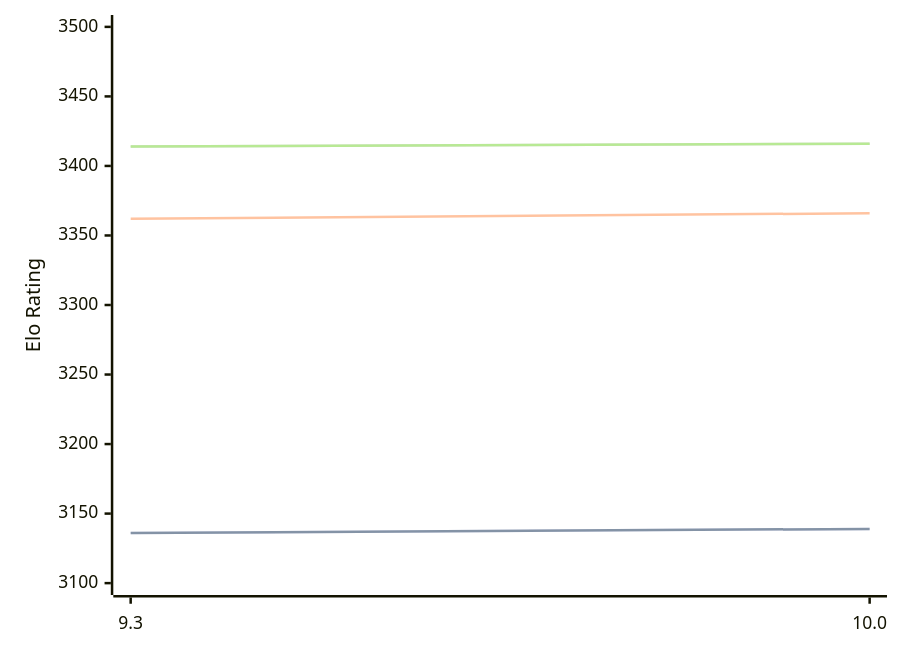
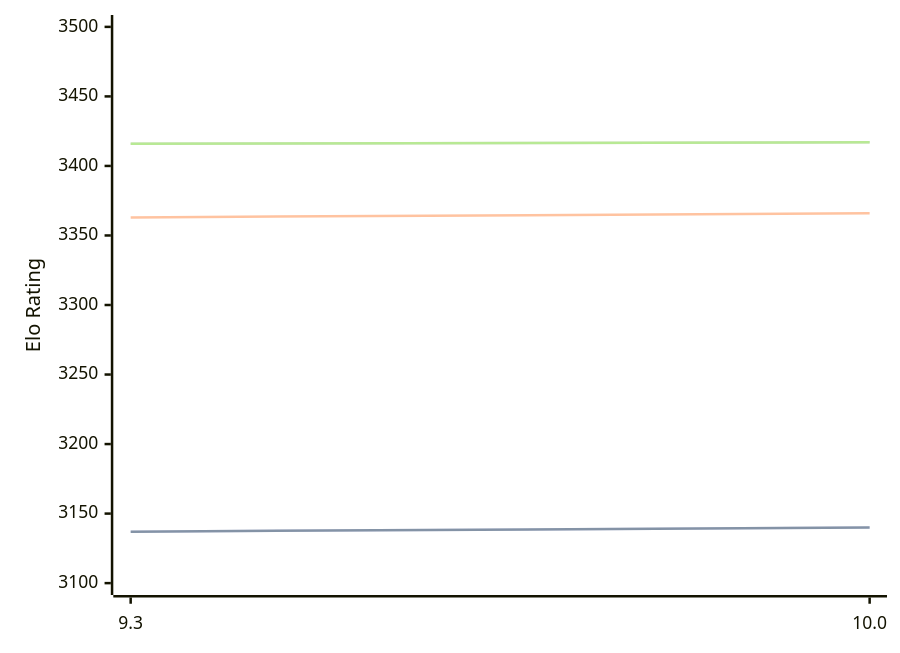
The diagram in engines/Fire.md (computer-chess-index/cci), drawn with Mermaid before and after one commit. The commit also changed other lines of this file, not shown here.

Commit message:
Update CCI Ratings (ELO VLTC) - 2026-07-25

````diff
--- a/engines/Fire.md
+++ b/engines/Fire.md
@@ -47,11 +47,11 @@
 ```mermaid
 %%{init: {"theme":"base","themeVariables":{"seriesColors:['#a3a3a3','#222221','#faa371']}}}%%
 xychart-beta
   x-axis ["9.3", "10.0"]
   y-axis "Elo Rating" 3100 --> 3500
-  line "STC (8.0+0.08s)" [3136, 3139]
-  line "STC (8.0+0.08s)" [3136, 3139]
-  line "LTC (60.0+0.60s)" [3362, 3366]
-  line "VLTC (2m24s+1.12s)" [3414, 3416]
-  line "VLTC (2m24s+1.12s)" [3414, 3416]
+  line "STC (8.0+0.08s)" [3137, 3140]
+  line "STC (8.0+0.08s)" [3137, 3140]
+  line "LTC (60.0+0.60s)" [3363, 3366]
+  line "VLTC (2m24s+1.12s)" [3416, 3417]
+  line "VLTC (2m24s+1.12s)" [3416, 3417]
 ```
````
